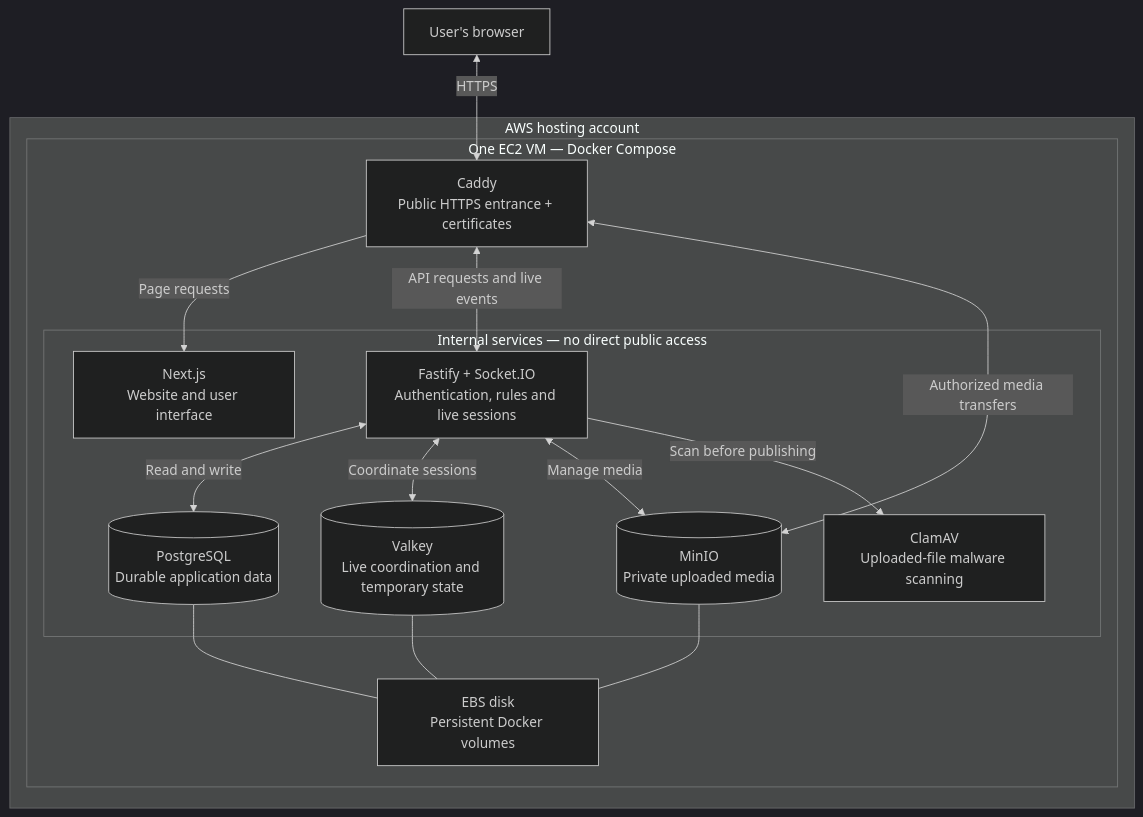
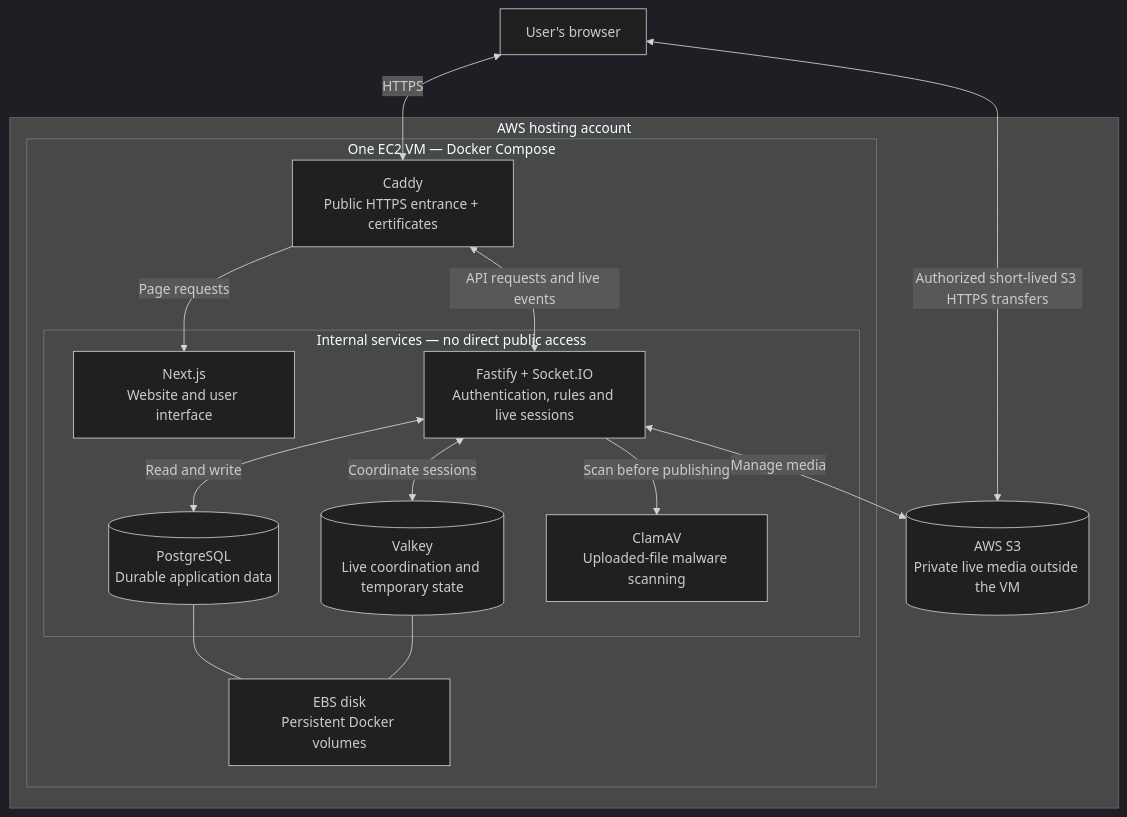
The second of 5 diagrams in docs/deployment-architecture-guide.md (riojung/pollingpops), drawn with Mermaid (dark theme) before and after one commit. The commit also changed other lines of this file and 36 other files, not shown here.

````diff
--- a/docs/deployment-architecture-guide.md
+++ b/docs/deployment-architecture-guide.md
@@ -139,35 +159,34 @@
 ```mermaid
 flowchart TB
     Browser["User's browser"]
 
     subgraph AWS["AWS hosting account"]
         subgraph VM["One EC2 VM — Docker Compose"]
             Caddy["Caddy<br/>Public HTTPS entrance + certificates"]
 
             subgraph Private["Internal services — no direct public access"]
                 Web["Next.js<br/>Website and user interface"]
                 API["Fastify + Socket.IO<br/>Authentication, rules and live sessions"]
                 DB[("PostgreSQL<br/>Durable application data")]
                 Cache[("Valkey<br/>Live coordination and temporary state")]
-                Media[("MinIO<br/>Private uploaded media")]
                 Scan["ClamAV<br/>Uploaded-file malware scanning"]
             end
 
             Disk["EBS disk<br/>Persistent Docker volumes"]
         end
+        Media[("AWS S3<br/>Private live media outside the VM")]
     end
 
     Browser <-->|"HTTPS"| Caddy
     Caddy -->|"Page requests"| Web
     Caddy <-->|"API requests and live events"| API
-    Caddy <-->|"Authorized media transfers"| Media
+    Browser <-->|"Authorized short-lived S3 HTTPS transfers"| Media
 
     API <-->|"Read and write"| DB
     API <-->|"Coordinate sessions"| Cache
     API <-->|"Manage media"| Media
     API -->|"Scan before publishing"| Scan
 
     DB --- Disk
     Cache --- Disk
-    Media --- Disk
 ```
````
